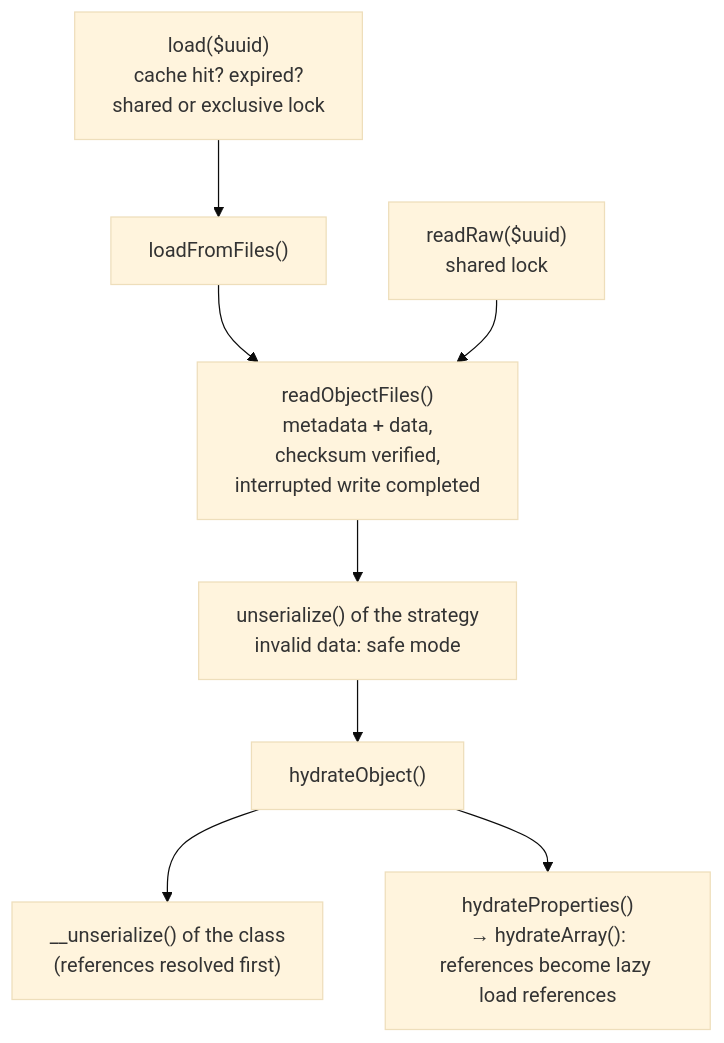
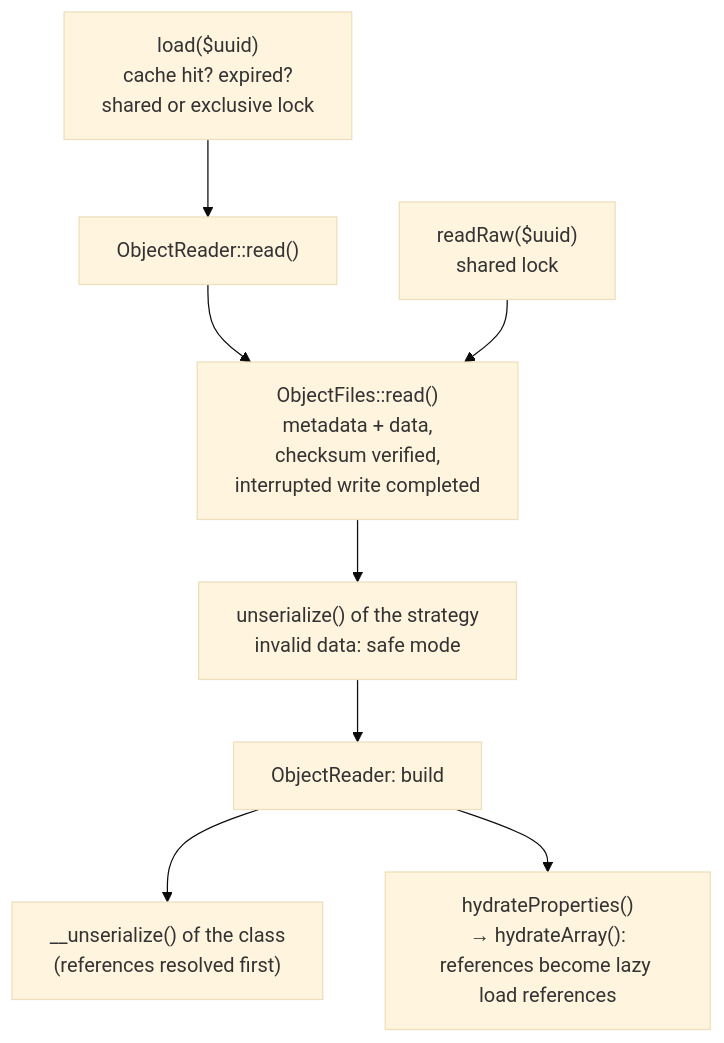
Before and after one commit to marvinGitHub/object-storage: the first of 2 diagrams in docs/internals.md, drawn with Mermaid (base theme). The commit also changed other lines of this file and 12 other files, not shown here.

````diff
--- a/docs/internals.md
+++ b/docs/internals.md
@@ -32,10 +32,10 @@
 ```mermaid
 flowchart TD
-    load["load($uuid)<br/>cache hit? expired?<br/>shared or exclusive lock"] --> fromFiles["loadFromFiles()"]
-    fromFiles --> readFiles["readObjectFiles()<br/>metadata + data,<br/>checksum verified,<br/>interrupted write completed"]
+    load["load($uuid)<br/>cache hit? expired?<br/>shared or exclusive lock"] --> fromFiles["ObjectReader::read()"]
+    fromFiles --> readFiles["ObjectFiles::read()<br/>metadata + data,<br/>checksum verified,<br/>interrupted write completed"]
     readRaw["readRaw($uuid)<br/>shared lock"] --> readFiles
     readFiles --> decode["unserialize() of the strategy<br/>invalid data: safe mode"]
-    decode --> hydrate["hydrateObject()"]
+    decode --> hydrate["ObjectReader: build"]
     hydrate --> unserialize["__unserialize() of the class<br/>(references resolved first)"]
     hydrate --> properties["hydrateProperties()<br/>→ hydrateArray():<br/>references become lazy load references"]
 ```
````
